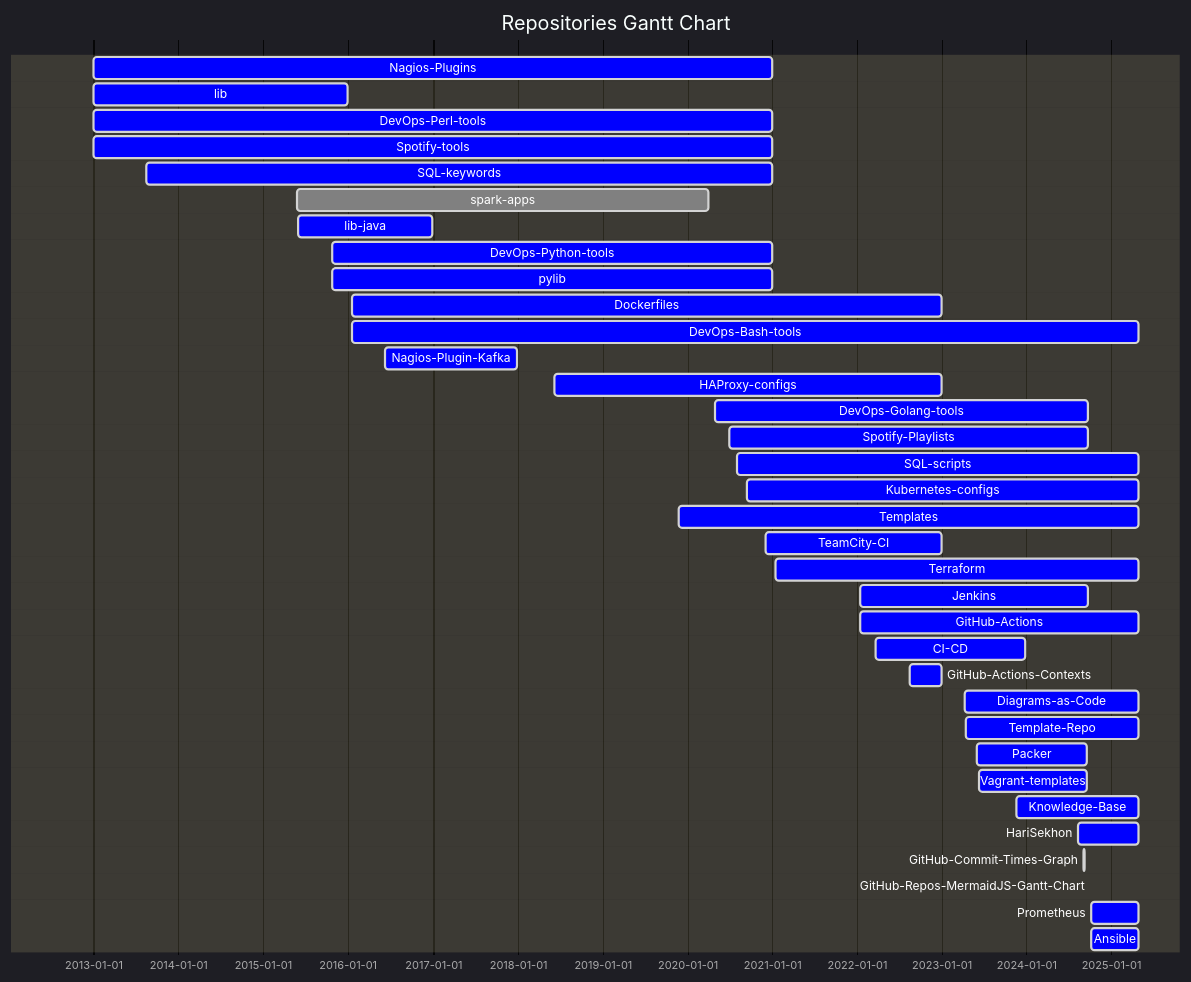
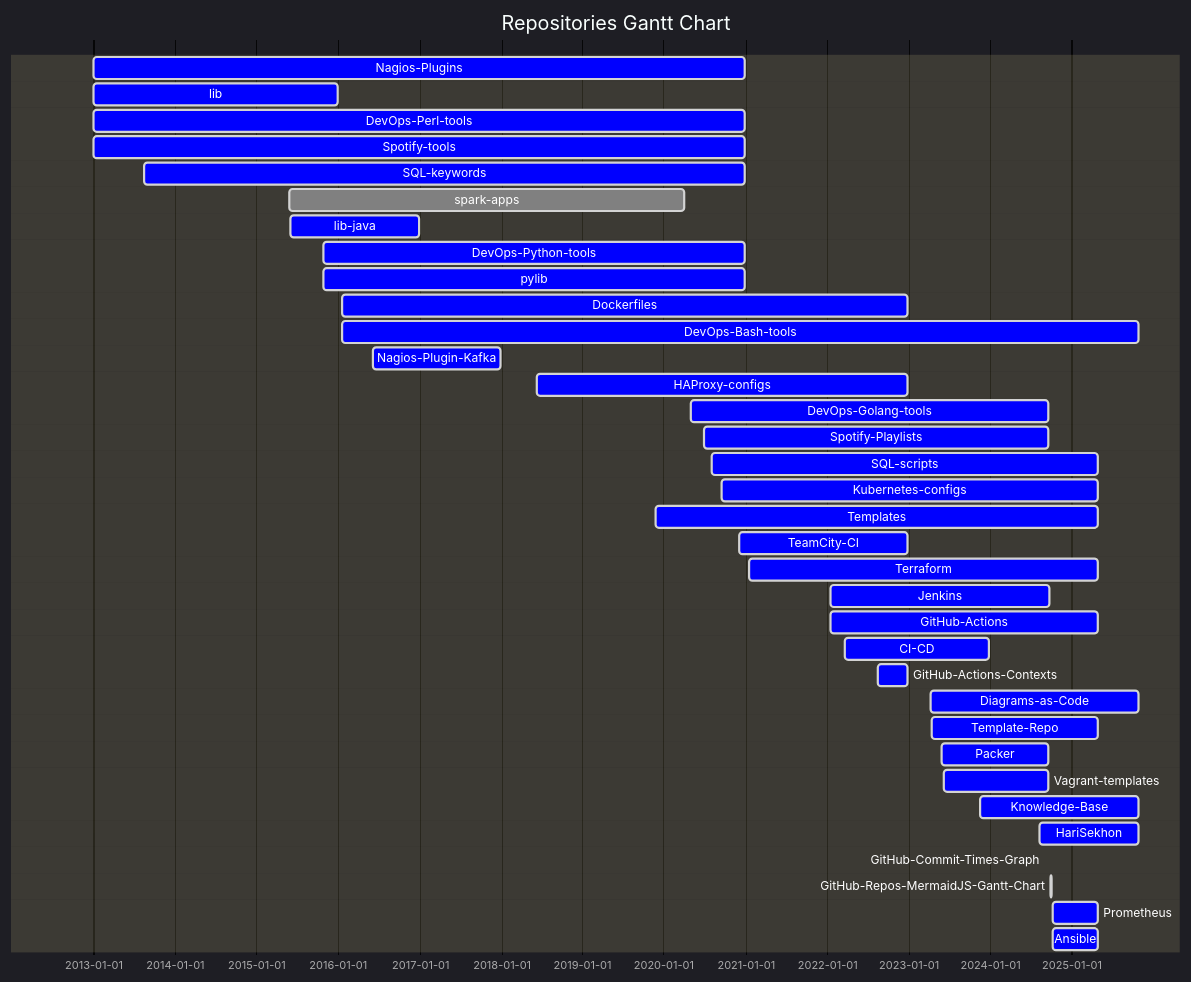
Before and after one commit to HariSekhon/HariSekhon: the first of 2 diagrams in README.md, drawn with Mermaid.

````diff
--- a/README.md
+++ b/README.md
@@ -1251,58 +1251,58 @@
 ```mermaid
 %%{ init: {
         "topAxis": true,
         "logLevel": "debug",
         'theme': 'dark',
         'themeVariables': {
           'activeTaskBkgColor': '#0000ff',
           'activeTaskBorderColor': 'lightgrey',
           'critBorderColor': 'lightgrey',
           'doneTaskBkgColor': 'grey',
           'doneTaskBorderColor': 'lightgrey',
           'taskBkgColor': 'black',
           'taskBorderColor': 'black',
           'taskTextColor': 'white',
           'taskTextDarkColor': 'white',
           'taskTextLightColor': 'black',
           'todayLineColor': 'red'
         }
     }
 }%%
 gantt
     dateFormat  YYYY-MM-DD
     title Repositories Gantt Chart
     Nagios-Plugins : active, 2012-12-30, 2020-12-31
     lib : active, 2012-12-30, 2015-12-31
     DevOps-Perl-tools : active, 2012-12-30, 2020-12-31
     Spotify-tools : active, 2012-12-30, 2020-12-31
     SQL-keywords : active, 2013-08-13, 2020-12-31
     spark-apps : done, 2015-05-25, 2020-04-02
     lib-java : active, 2015-05-31, 2016-12-31
     DevOps-Python-tools : active, 2015-10-27, 2020-12-31
     pylib : active, 2015-10-27, 2020-12-31
     Dockerfiles : active, 2016-01-17, 2022-12-31
-    DevOps-Bash-tools : active, 2016-01-17, 2025-04-30
+    DevOps-Bash-tools : active, 2016-01-17, 2025-10-30
     Nagios-Plugin-Kafka : active, 2016-06-07, 2017-12-31
     HAProxy-configs : active, 2018-06-08, 2022-12-31
     DevOps-Golang-tools : active, 2020-04-30, 2024-09-22
     Spotify-Playlists : active, 2020-06-29, 2024-09-22
     SQL-scripts : active, 2020-08-05, 2025-04-30
     Kubernetes-configs : active, 2020-09-16, 2025-04-30
     Templates : active, 2019-11-25, 2025-04-30
     TeamCity-CI : active, 2020-12-03, 2022-12-31
     Terraform : active, 2021-01-18, 2025-04-30
     Jenkins : active, 2022-01-17, 2024-09-23
     GitHub-Actions : active, 2022-01-17, 2025-04-30
     CI-CD : active, 2022-03-25, 2023-12-31
     GitHub-Actions-Contexts : active, 2022-08-17, 2022-12-31
-    Diagrams-as-Code : active, 2023-04-14, 2025-04-30
+    Diagrams-as-Code : active, 2023-04-14, 2025-10-30
     Template-Repo : active, 2023-04-15, 2025-04-30
     Packer : active, 2023-06-02, 2024-09-21
     Vagrant-templates : active, 2023-06-12, 2024-09-21
-    Knowledge-Base : active, 2023-11-22, 2025-04-30
-    HariSekhon : active, 2024-08-14, 2025-04-30
+    Knowledge-Base : active, 2023-11-22, 2025-10-30
+    HariSekhon : active, 2024-08-14, 2025-10-30
     GitHub-Commit-Times-Graph : active, 2024-09-07, 2024-09-08
     GitHub-Repos-MermaidJS-Gantt-Chart : active, 2024-10-02, 2024-10-03
     Prometheus : active, 2024-10-08, 2025-04-30
     Ansible : active, 2024-10-08, 2025-04-30
 ```
````
